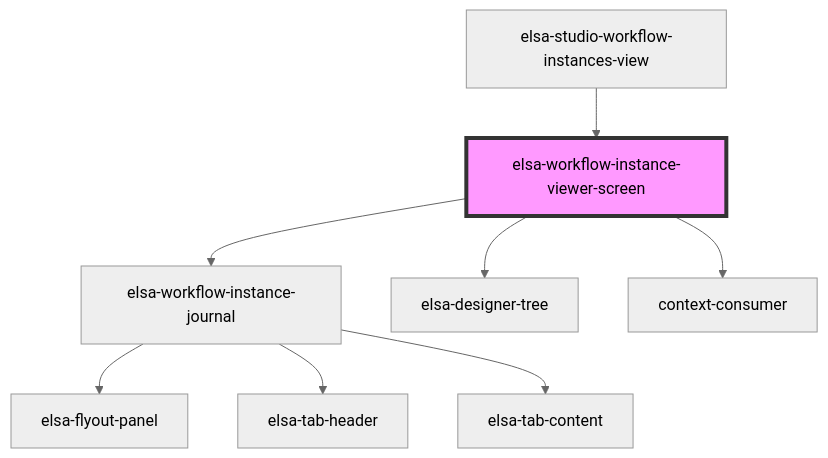
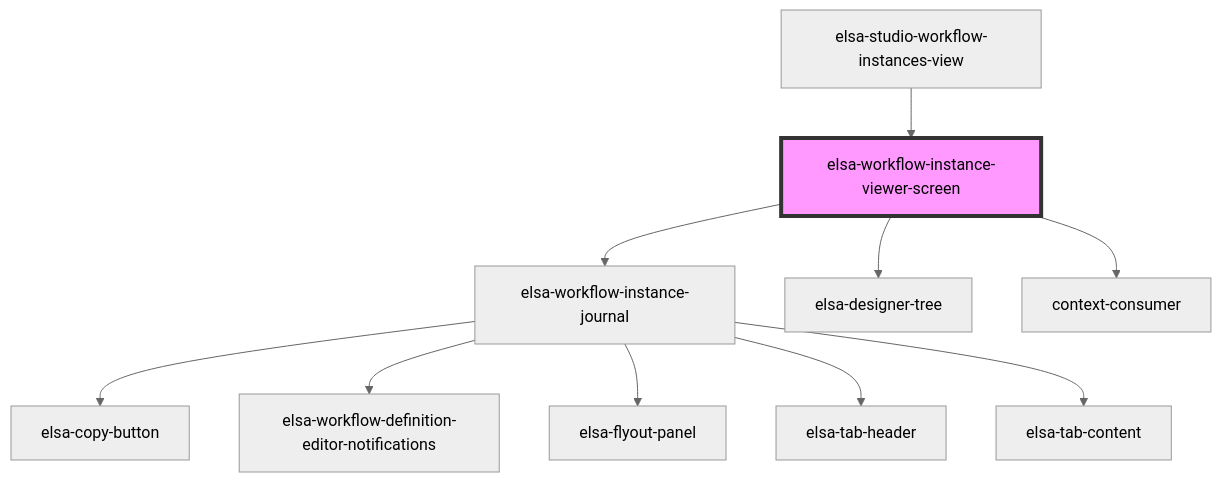
Before and after one commit to elsa-workflows/elsa-core: the diagram in src/designer/elsa-workflows-studio/src/components/screens/workflow-instance-viewer/elsa-workflow-instance-viewer-screen/readme.md, drawn with Mermaid (neutral theme). The commit also changed 18 other files, not shown here.

Commit message:
Added copy functionality to instance journal. Fixed registry panel issue. Fixed flyout panel scroll issue.

````diff
--- a/src/designer/elsa-workflows-studio/src/components/screens/workflow-instance-viewer/elsa-workflow-instance-viewer-screen/readme.md
+++ b/src/designer/elsa-workflows-studio/src/components/screens/workflow-instance-viewer/elsa-workflow-instance-viewer-screen/readme.md
@@ -43,11 +43,13 @@
 ```mermaid
 graph TD;
   elsa-workflow-instance-viewer-screen --> elsa-workflow-instance-journal
   elsa-workflow-instance-viewer-screen --> elsa-designer-tree
   elsa-workflow-instance-viewer-screen --> context-consumer
+  elsa-workflow-instance-journal --> elsa-copy-button
+  elsa-workflow-instance-journal --> elsa-workflow-definition-editor-notifications
   elsa-workflow-instance-journal --> elsa-flyout-panel
   elsa-workflow-instance-journal --> elsa-tab-header
   elsa-workflow-instance-journal --> elsa-tab-content
   elsa-studio-workflow-instances-view --> elsa-workflow-instance-viewer-screen
   style elsa-workflow-instance-viewer-screen fill:#f9f,stroke:#333,stroke-width:4px
 ```
````
